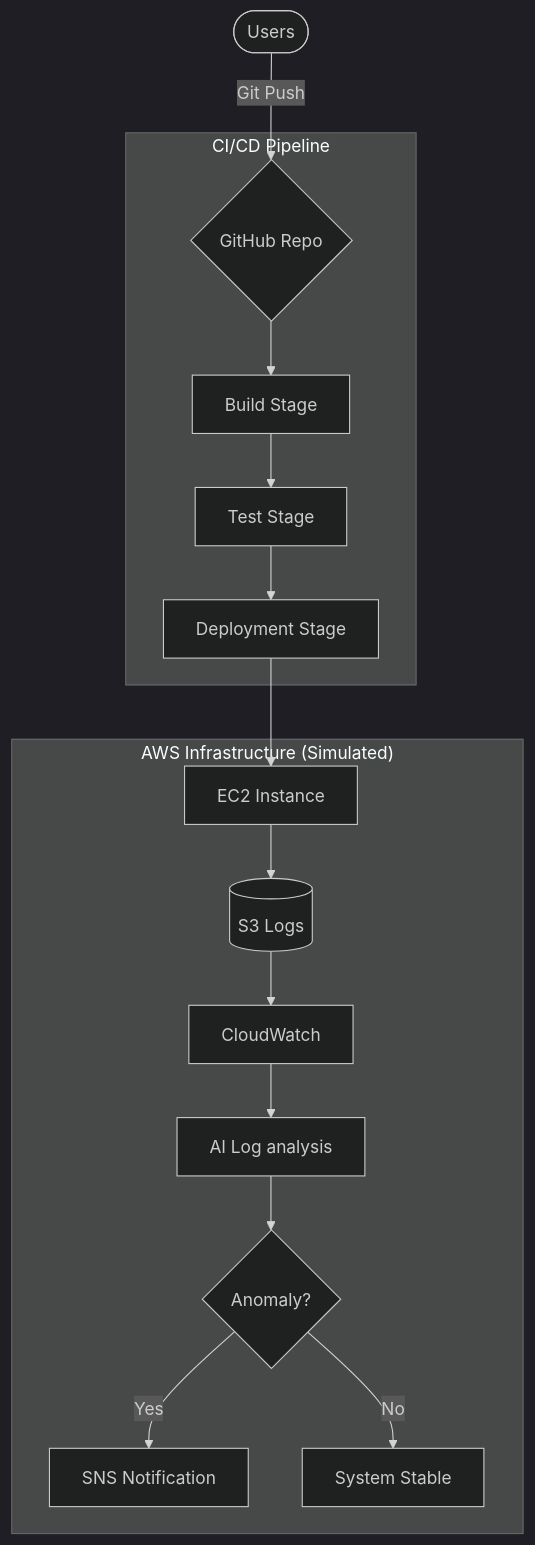
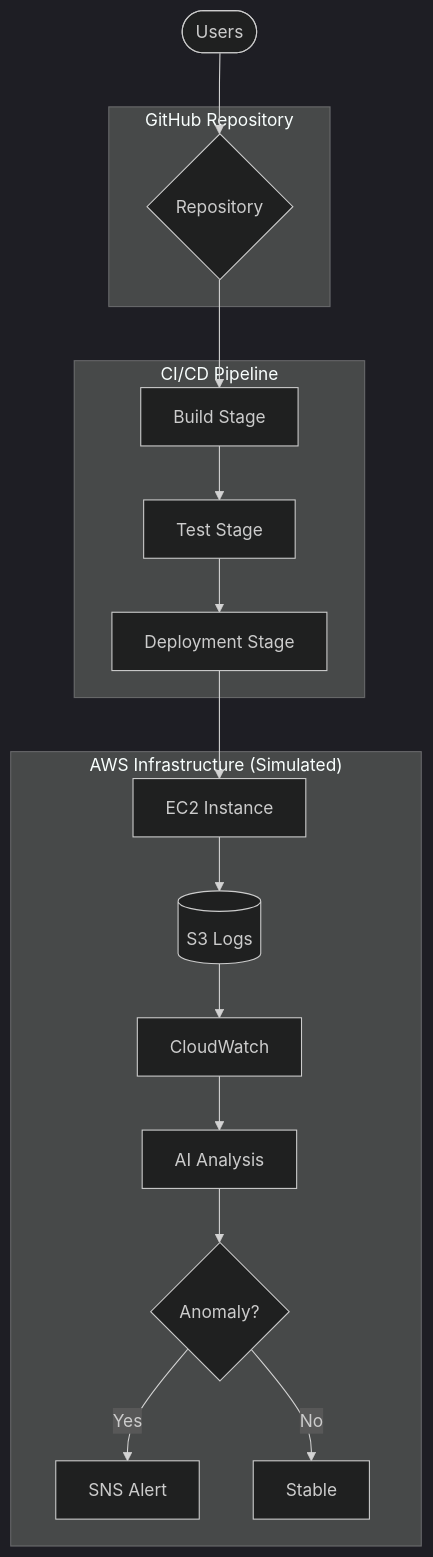
One commit to 01Sachinc/aws-ai-cicd-monitoring changed the first of 3 diagrams in README.md. Above: the diagram before and after it, drawn with Mermaid (dark theme). The commit also changed other lines of this file, not shown here.

Commit message:
style: final optimization of Mermaid diagrams for clean rendering

````diff
--- a/README.md
+++ b/README.md
@@ -19,18 +19,24 @@
 ```mermaid
 graph TD
-    User([Users]) -->|Git Push| GitHub{GitHub Repo}
-    subgraph "CI/CD Pipeline"
+    User([Users]) --> GitHub
+
+    subgraph GitHub_Repo ["GitHub Repository"]
+        GitHub{Repository}
+    end
+
+    subgraph CICD ["CI/CD Pipeline"]
         GitHub --> Build[Build Stage]
         Build --> Test[Test Stage]
         Test --> Deploy[Deployment Stage]
     end
-    subgraph "AWS Infrastructure (Simulated)"
+
+    subgraph AWS ["AWS Infrastructure (Simulated)"]
         Deploy --> EC2[EC2 Instance]
-        EC2 --> Logs[(S3 Logs)]
-        Logs --> CW[CloudWatch]
-        CW --> AI[AI Log analysis]
-        AI --> Alert{Anomaly?}
-        Alert -->|Yes| SNS[SNS Notification]
-        Alert -->|No| Success[System Stable]
+        EC2 --> S3[(S3 Logs)]
+        S3 --> CW[CloudWatch]
+        CW --> AI[AI Analysis]
+        AI --> Decision{Anomaly?}
+        Decision -->|Yes| SNS[SNS Alert]
+        Decision -->|No| Stable[Stable]
     end
 ```
````
